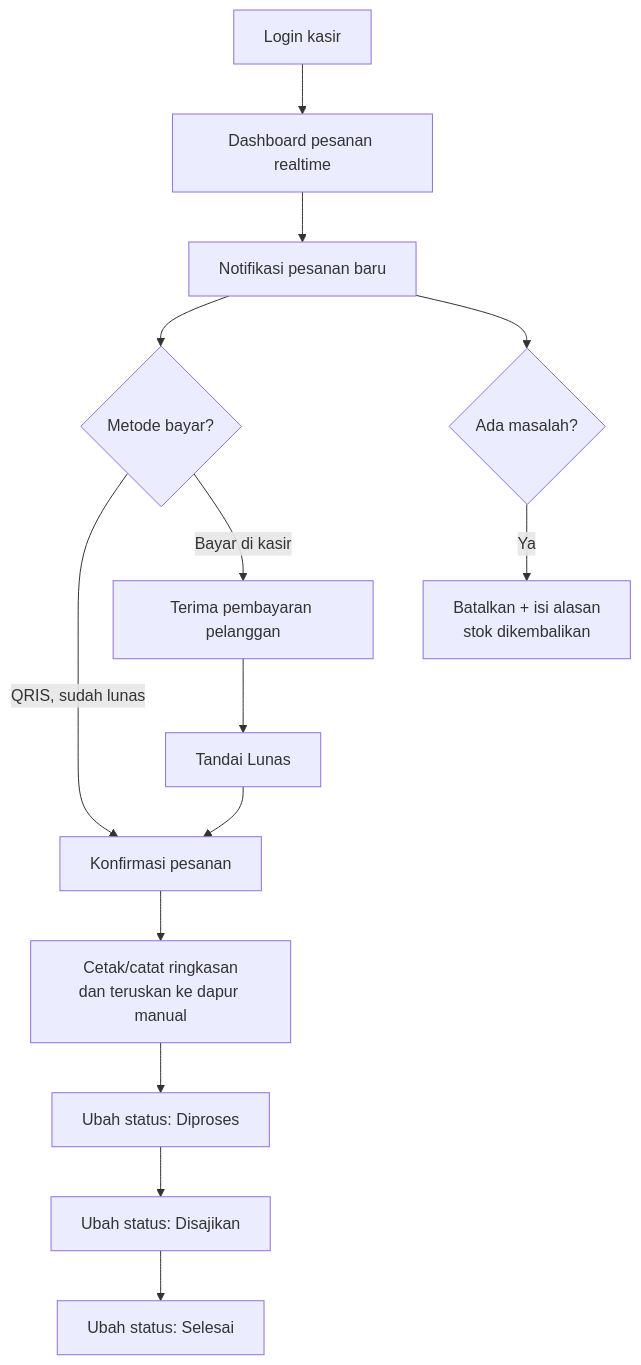
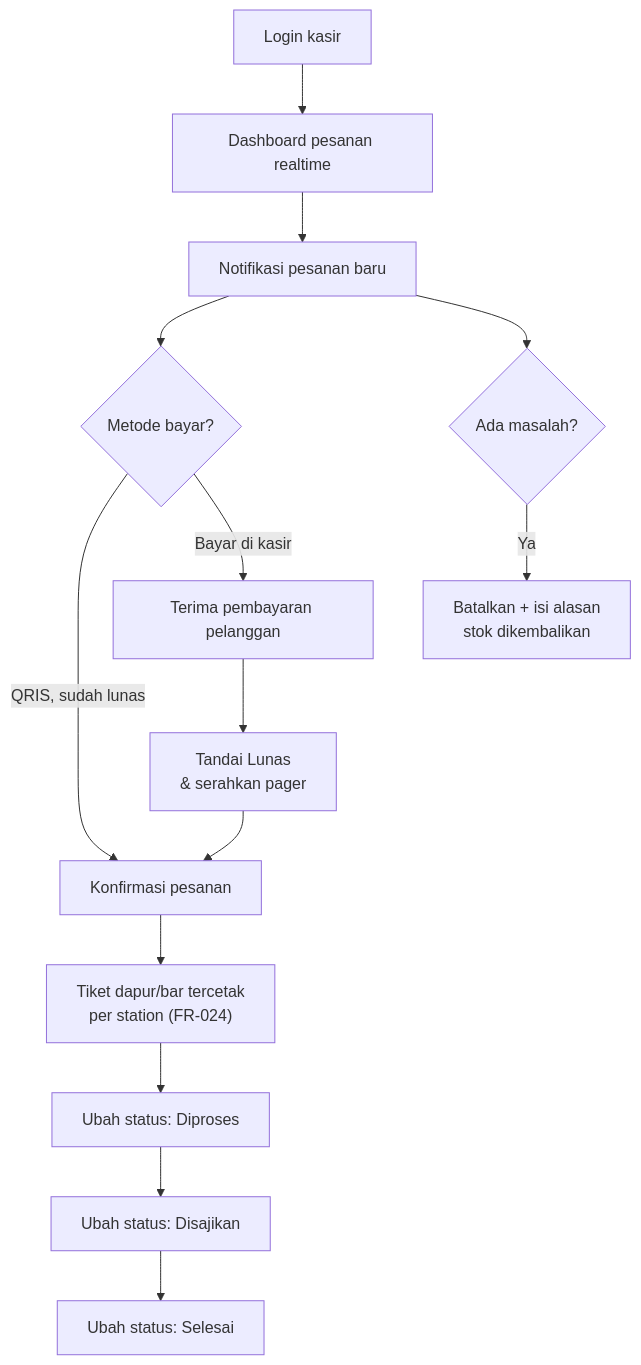
One commit to tmuhammadsanubari-cell/matwona-smart-order changed the fourth of 8 diagrams in docs/PRD.md. Above: the diagram before and after it, drawn with Mermaid. The commit also changed other lines of this file and 6 other files, not shown here.

````diff
--- a/docs/PRD.md
+++ b/docs/PRD.md
@@ -755,16 +920,16 @@
 ```mermaid
 flowchart TD
     A["Login kasir"] --> B["Dashboard pesanan realtime"]
     B --> C["Notifikasi pesanan baru"]
     C --> D{"Metode bayar?"}
     D -->|QRIS, sudah lunas| E["Konfirmasi pesanan"]
     D -->|Bayar di kasir| F["Terima pembayaran pelanggan"]
-    F --> G["Tandai Lunas"]
+    F --> G["Tandai Lunas<br/>& serahkan pager"]
     G --> E
-    E --> H["Cetak/catat ringkasan<br/>dan teruskan ke dapur manual"]
+    E --> H["Tiket dapur/bar tercetak<br/>per station (FR-024)"]
     H --> I["Ubah status: Diproses"]
     I --> J["Ubah status: Disajikan"]
     J --> K["Ubah status: Selesai"]
     C --> L{"Ada masalah?"}
     L -->|Ya| M["Batalkan + isi alasan<br/>stok dikembalikan"]
 ```
````
